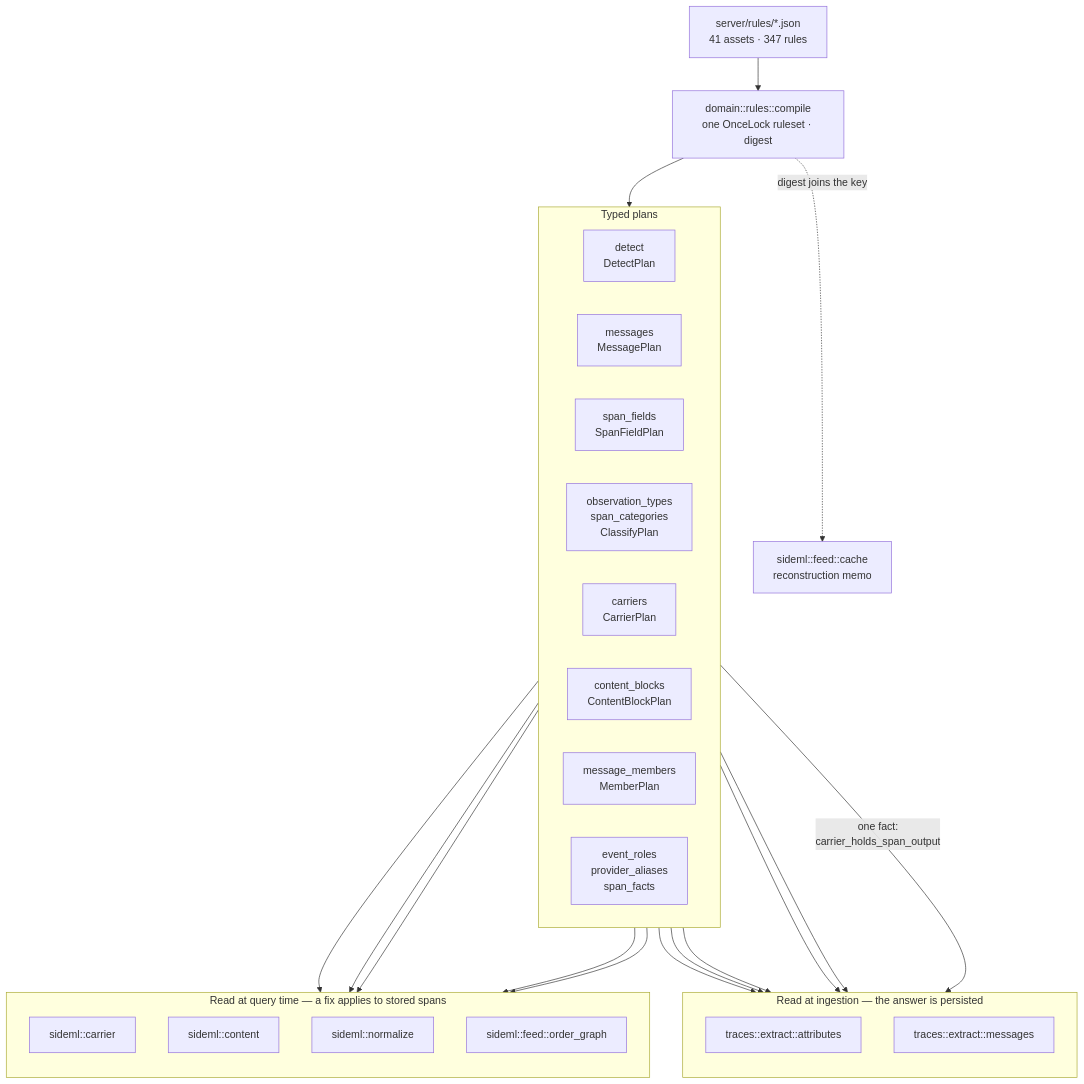
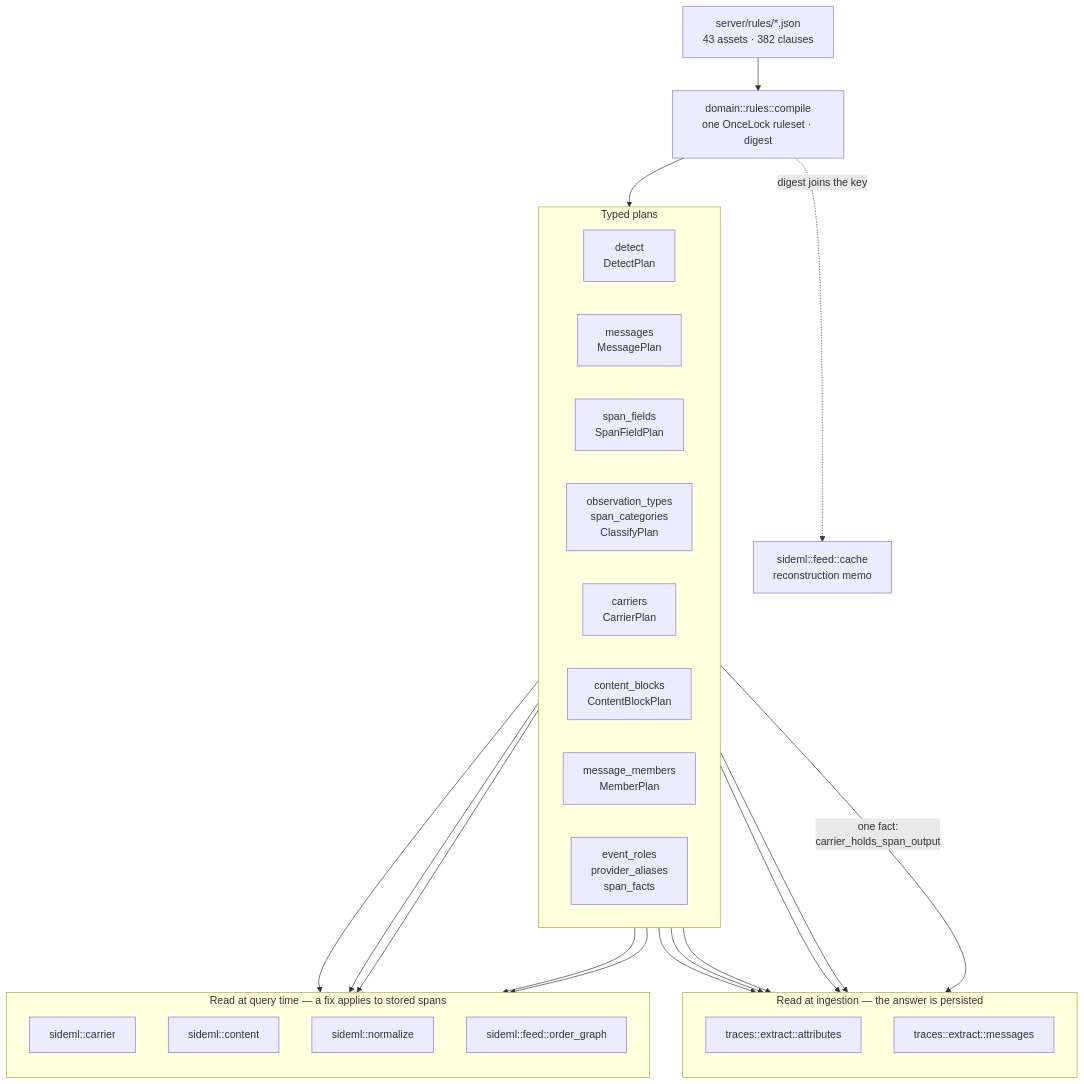
Before and after one commit to sideseat/sideseat: the first of 7 diagrams in server/docs/architecture-diagrams.md, drawn with Mermaid. The commit also changed other lines of this file and 1 other file, not shown here.

First line of the commit message:
docs(arch): two diagrams for what the review series changed, and counts that cannot drift

````diff
--- a/server/docs/architecture-diagrams.md
+++ b/server/docs/architecture-diagrams.md
@@ -18,47 +18,47 @@
 ```mermaid
 flowchart TB
-    assets["server/rules/*.json<br/>41 assets · 347 rules"]
+    assets["server/rules/*.json<br/>43 assets · 382 clauses"]
     compile["domain::rules::compile<br/>one OnceLock ruleset · digest"]
     assets --> compile
 
     subgraph plans["Typed plans"]
         direction LR
         detect["detect<br/>DetectPlan"]
         messages["messages<br/>MessagePlan"]
         fields["span_fields<br/>SpanFieldPlan"]
         classify["observation_types<br/>span_categories<br/>ClassifyPlan"]
         carriers["carriers<br/>CarrierPlan"]
         blocks["content_blocks<br/>ContentBlockPlan"]
         members["message_members<br/>MemberPlan"]
         roles["event_roles<br/>provider_aliases<br/>span_facts"]
     end
     compile --> plans
 
     subgraph ingest["Read at ingestion — the answer is persisted"]
         direction TB
         attrs["traces::extract::attributes"]
         msgs["traces::extract::messages"]
     end
 
     subgraph query["Read at query time — a fix applies to stored spans"]
         direction TB
         carrier["sideml::carrier"]
         content["sideml::content"]
         normalize["sideml::normalize"]
         order["sideml::feed::order_graph"]
     end
 
     detect --> attrs
     fields --> attrs
     classify --> attrs
     roles --> attrs
     messages --> msgs
     carriers -->|"one fact:<br/>carrier_holds_span_output"| msgs
     carriers --> carrier
     carriers --> order
     blocks --> content
     members --> content
     roles --> normalize
 
     compile -. "digest joins the key" .-> cache["sideml::feed::cache<br/>reconstruction memo"]
 ```
````
